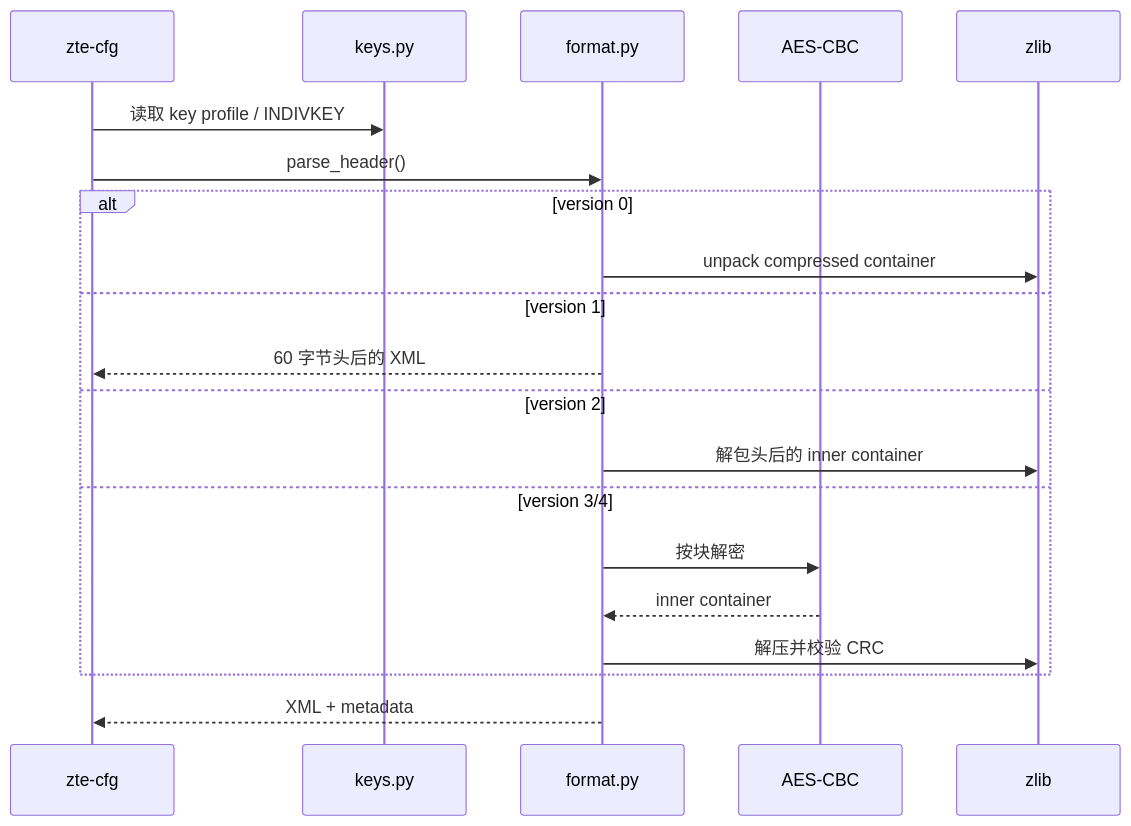
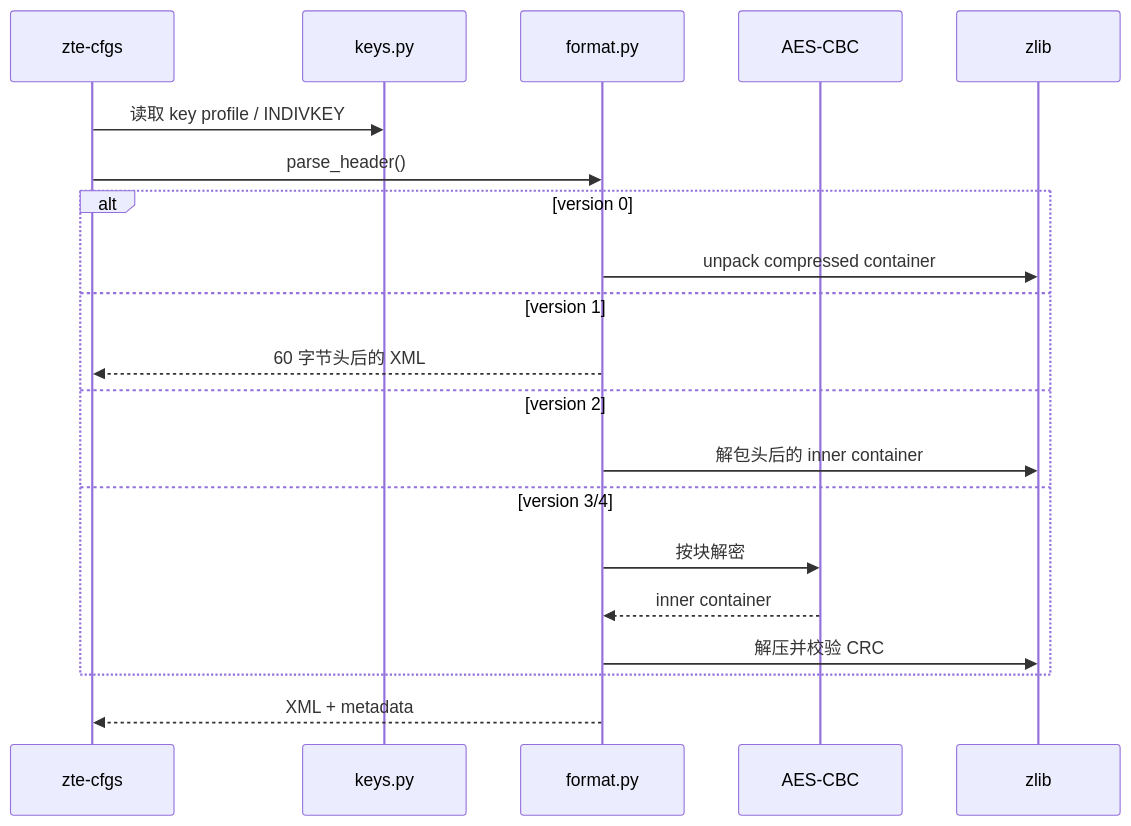
The second of 3 diagrams in docs/workflow.md (OpticalNetworkTerminal/zte-cfgs), drawn with Mermaid before and after one commit. The commit also changed other lines of this file and 19 other files, not shown here.

First line of the commit message:
feat: rename project and package scripts to zte-cfgs

````diff
--- a/docs/workflow.md
+++ b/docs/workflow.md
@@ -19,22 +19,22 @@
 ```mermaid
 sequenceDiagram
-    participant CLI as zte-cfg
+    participant CLI as zte-cfgs
     participant Key as keys.py
     participant DB as format.py
     participant AES as AES-CBC
     participant Z as zlib
     CLI->>Key: 读取 key profile / INDIVKEY
     CLI->>DB: parse_header()
     alt version 0
         DB->>Z: unpack compressed container
     else version 1
         DB-->>CLI: 60 字节头后的 XML
     else version 2
         DB->>Z: 解包头后的 inner container
     else version 3/4
         DB->>AES: 按块解密
         AES-->>DB: inner container
         DB->>Z: 解压并校验 CRC
     end
     DB-->>CLI: XML + metadata
 ```
````
